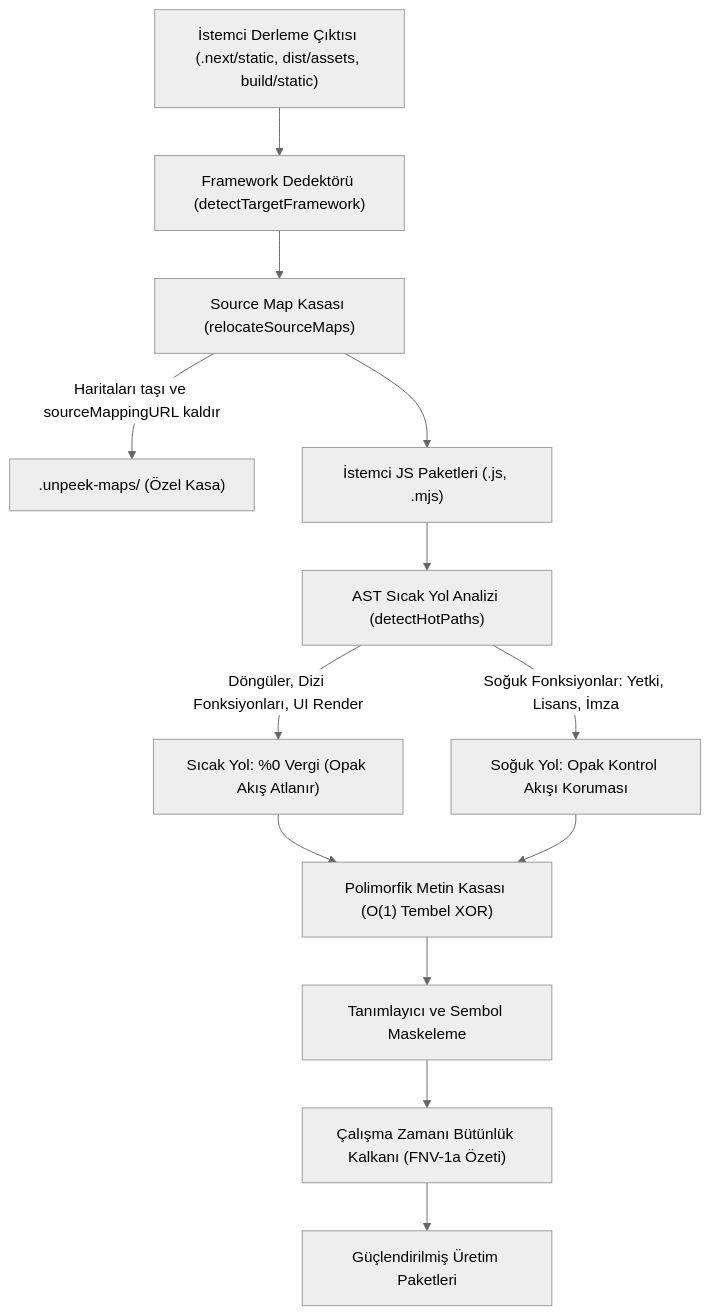
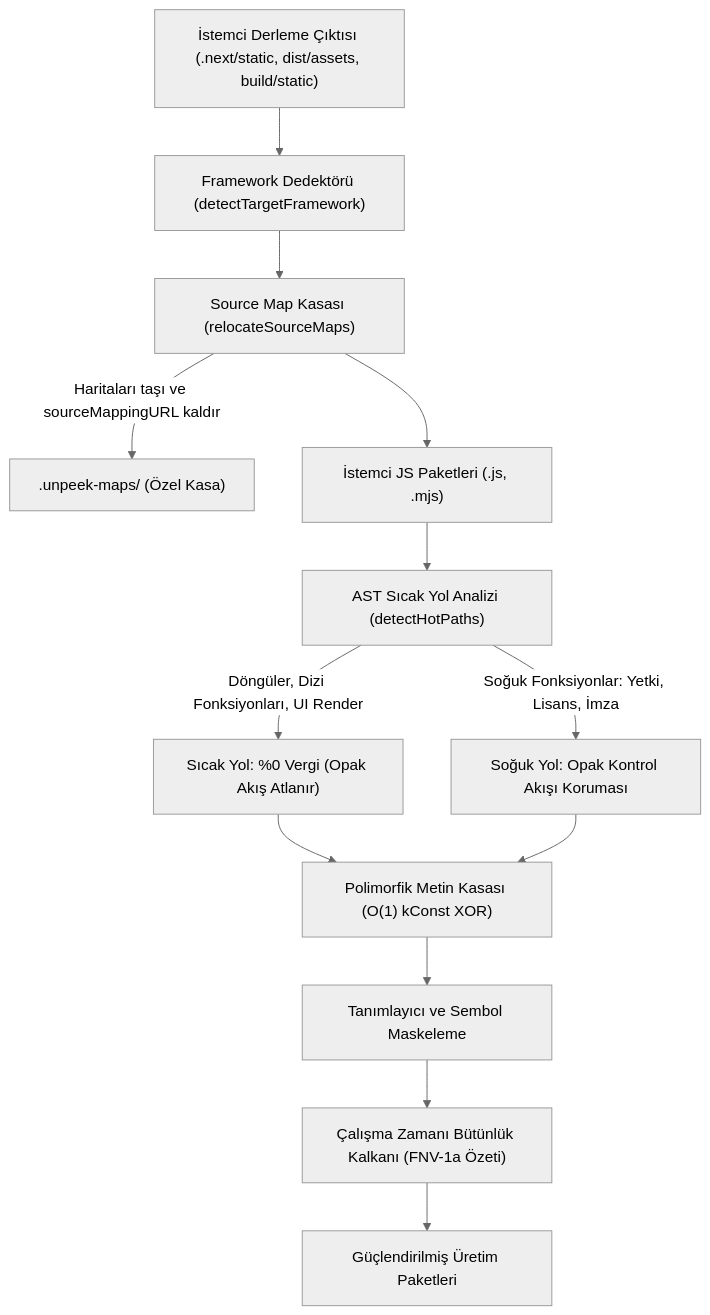
Before and after one commit to Woffluon/unpeek: the diagram in README.tr.md, drawn with Mermaid (neutral theme). The commit also changed other lines of this file and 20 other files, not shown here.

Commit message:
feat: harden call-graph scoping, vault tamper entanglement, and align docs

````diff
--- a/README.tr.md
+++ b/README.tr.md
@@ -47,15 +47,15 @@
 ```mermaid
 flowchart TD
   A["İstemci Derleme Çıktısı (.next/static, dist/assets, build/static)"] --> B["Framework Dedektörü (detectTargetFramework)"]
   B --> C["Source Map Kasası (relocateSourceMaps)"]
   C -->|Haritaları taşı ve sourceMappingURL kaldır| D[".unpeek-maps/ (Özel Kasa)"]
   C --> E["İstemci JS Paketleri (.js, .mjs)"]
   E --> F["AST Sıcak Yol Analizi (detectHotPaths)"]
   F -->|Döngüler, Dizi Fonksiyonları, UI Render| G["Sıcak Yol: %0 Vergi (Opak Akış Atlanır)"]
   F -->|Soğuk Fonksiyonlar: Yetki, Lisans, İmza| H["Soğuk Yol: Opak Kontrol Akışı Koruması"]
-  G --> I["Polimorfik Metin Kasası (O(1) Tembel XOR)"]
+  G --> I["Polimorfik Metin Kasası (O(1) kConst XOR)"]
   H --> I
   I --> J["Tanımlayıcı ve Sembol Maskeleme"]
   J --> K["Çalışma Zamanı Bütünlük Kalkanı (FNV-1a Özeti)"]
   K --> L["Güçlendirilmiş Üretim Paketleri"]
 ```
````
